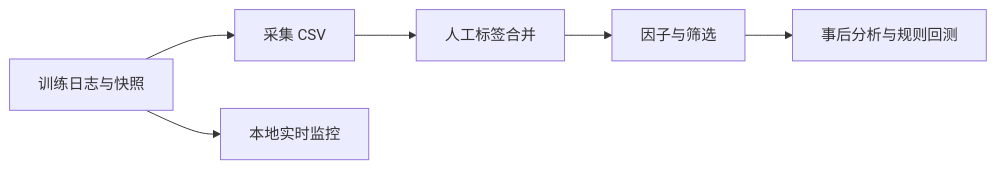
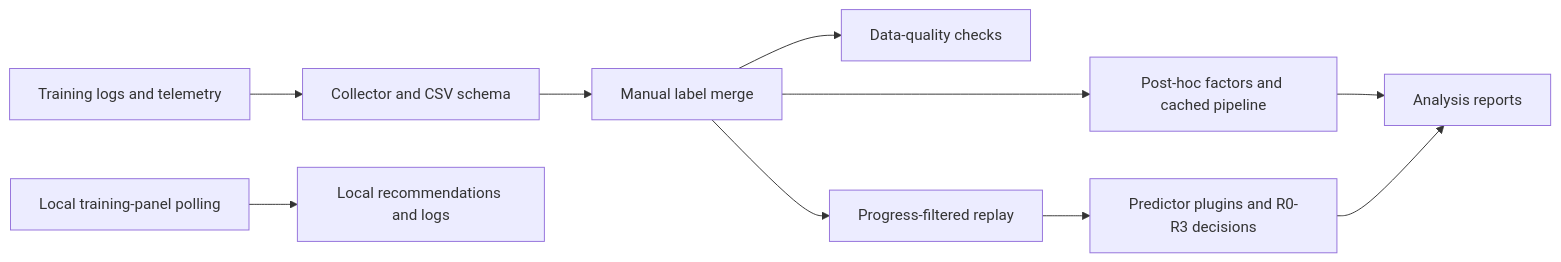
One commit to Anhao1314/go2_lianghua changed the diagram in README.md. Above: the diagram before and after it, drawn with Mermaid. The commit also changed other lines of this file and 4 other files, not shown here.

Commit message:
docs: position training-risk replay with verified portfolio facts and CI

````diff
--- a/README.md
+++ b/README.md
@@ -5,8 +34,12 @@
 ```mermaid
 flowchart LR
- A[训练日志与快照] --> B[采集 CSV]
- B --> C[人工标签合并]
- C --> D[因子与筛选]
- D --> E[事后分析与规则回测]
- A --> F[本地实时监控]
+ A[Training logs and telemetry] --> B[Collector and CSV schema]
+ B --> C[Manual label merge]
+ C --> D[Data-quality checks]
+ C --> E[Post-hoc factors and cached pipeline]
+ C --> F[Progress-filtered replay]
+ F --> G[Predictor plugins and R0-R3 decisions]
+ E --> H[Analysis reports]
+ G --> H
+ I[Local training-panel polling] --> J[Local recommendations and logs]
 ```
````
